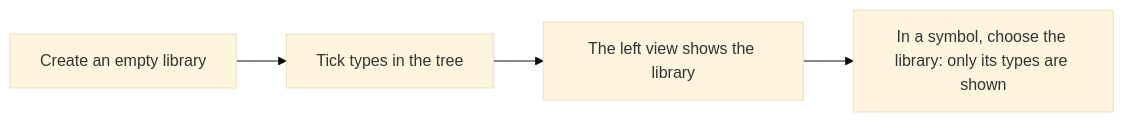
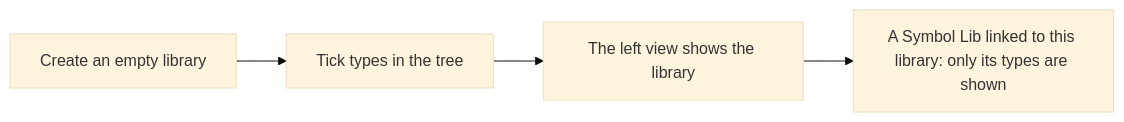
The third of 3 diagrams in metadata/10-libraries.md (AlexandreGallais/synoptic-studio-spec), drawn with Mermaid (base theme) before and after one commit. The commit also changed other lines of this file and 3 other files, not shown here.

````diff
--- a/metadata/10-libraries.md
+++ b/metadata/10-libraries.md
@@ -60,6 +60,6 @@
 ```mermaid
 flowchart LR
     A[Create an empty library] --> B[Tick types in the tree]
     B --> C[The left view shows the library]
-    C --> D[In a symbol, choose the library: only its types are shown]
+    C --> D[A Symbol Lib linked to this library: only its types are shown]
 ```
````
